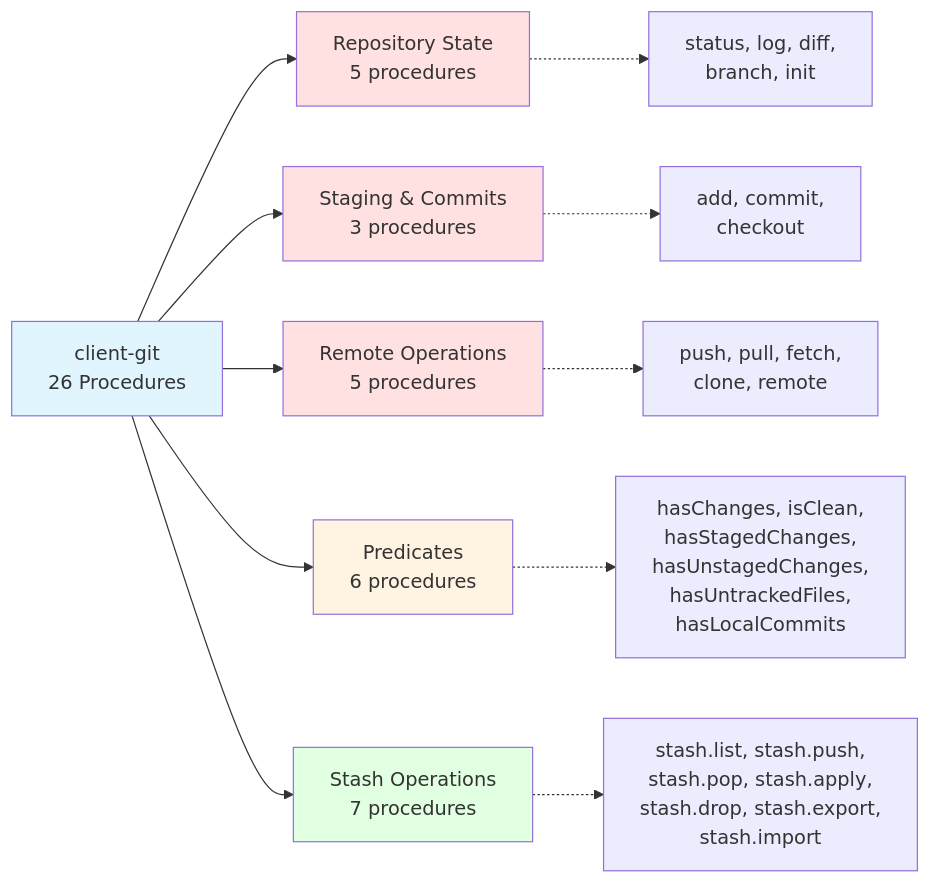
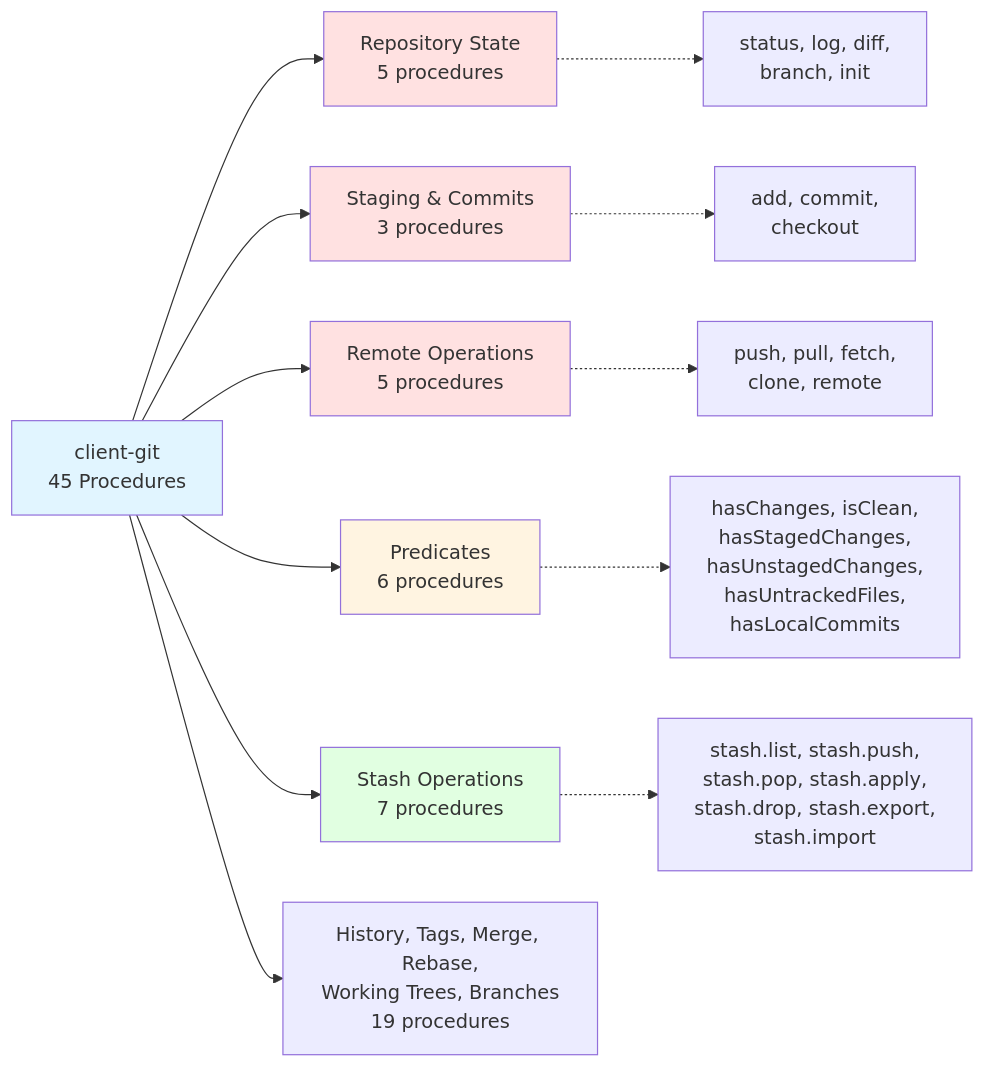
The second of 3 diagrams in packages/client-git/README.md (mark1russell7/client), drawn with Mermaid before and after one commit. The commit also changed other lines of this file and 30 other files, not shown here.

````diff
--- a/packages/client-git/README.md
+++ b/packages/client-git/README.md
@@ -37,21 +37,22 @@
 ```mermaid
 graph LR
-    A[client-git<br/>26 Procedures] --> B[Repository State<br/>5 procedures]
+    A[client-git<br/>45 Procedures] --> B[Repository State<br/>5 procedures]
     A --> C[Staging & Commits<br/>3 procedures]
     A --> D[Remote Operations<br/>5 procedures]
     A --> E[Predicates<br/>6 procedures]
     A --> F[Stash Operations<br/>7 procedures]
+    A --> G[History, Tags, Merge, Rebase,<br/>Working Trees, Branches<br/>19 procedures]
 
     B -.-> B1[status, log, diff,<br/>branch, init]
     C -.-> C1[add, commit,<br/>checkout]
     D -.-> D1[push, pull, fetch,<br/>clone, remote]
     E -.-> E1[hasChanges, isClean,<br/>hasStagedChanges,<br/>hasUnstagedChanges,<br/>hasUntrackedFiles,<br/>hasLocalCommits]
     F -.-> F1[stash.list, stash.push,<br/>stash.pop, stash.apply,<br/>stash.drop, stash.export,<br/>stash.import]
 
     style A fill:#e1f5ff
     style B fill:#ffe1e1
     style C fill:#ffe1e1
     style D fill:#ffe1e1
     style E fill:#fff4e1
     style F fill:#e1ffe1
 ```
````
